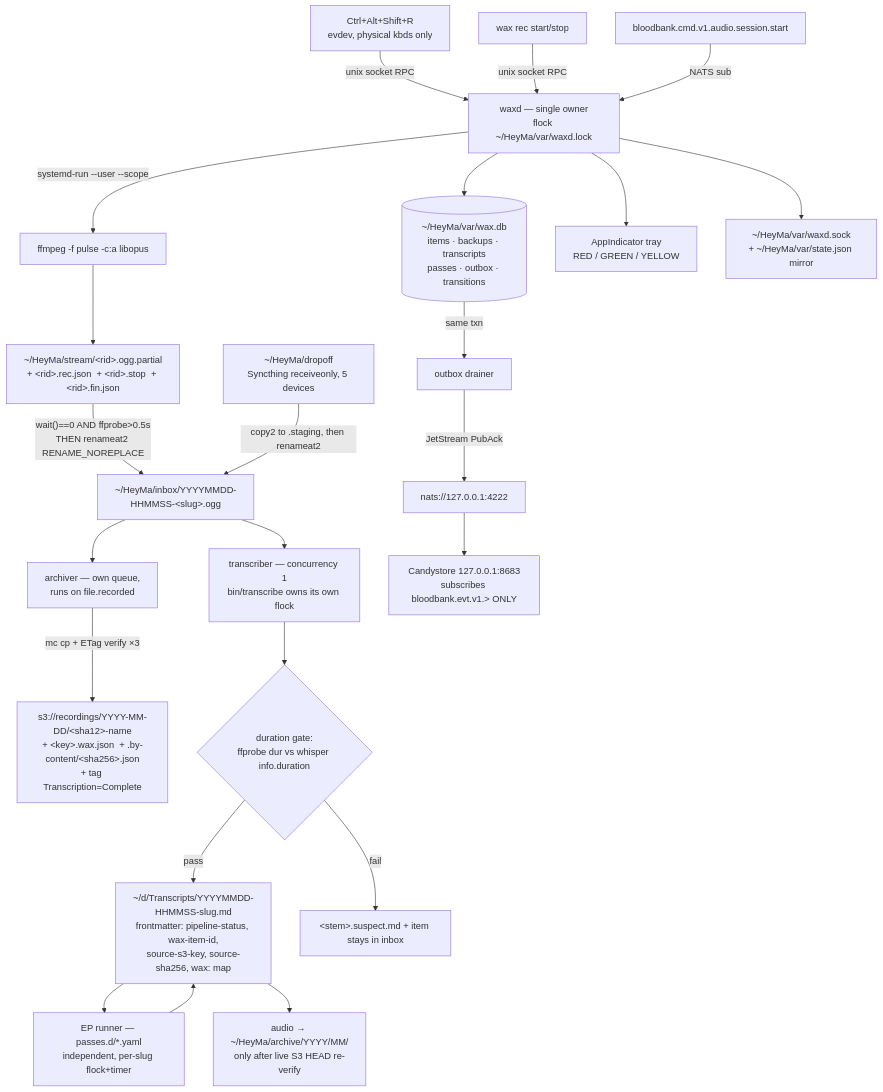
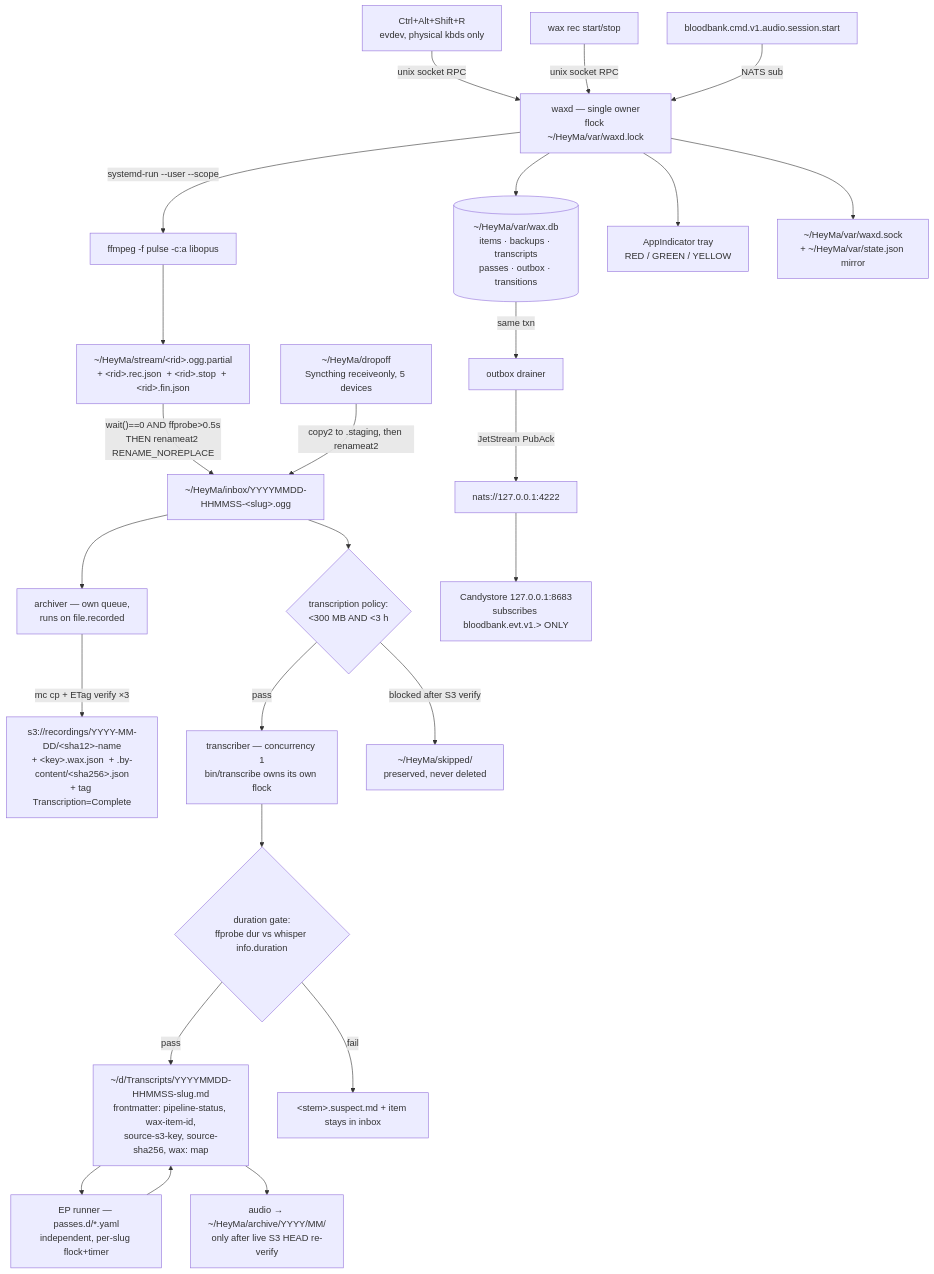
The first of 3 diagrams in components/wax/docs/WAX-DESIGN.md (delorenj/HeyMa), drawn with Mermaid before and after one commit. The commit also changed other lines of this file and 10 other files, not shown here.

````diff
--- a/components/wax/docs/WAX-DESIGN.md
+++ b/components/wax/docs/WAX-DESIGN.md
@@ -28,30 +28,32 @@
 ```mermaid
 flowchart TB
   HK["Ctrl+Alt+Shift+R<br/>evdev, physical kbds only"] -->|unix socket RPC| D
   CLI["wax rec start/stop"] -->|unix socket RPC| D
   CMD["bloodbank.cmd.v1.audio.session.start"] -->|NATS sub| D
 
   D["waxd — single owner<br/>flock ~/HeyMa/var/waxd.lock"]
   D -->|systemd-run --user --scope| FF["ffmpeg -f pulse -c:a libopus"]
   FF --> P["~/HeyMa/stream/&lt;rid&gt;.ogg.partial<br/>+ &lt;rid&gt;.rec.json  + &lt;rid&gt;.stop  + &lt;rid&gt;.fin.json"]
   P -->|"wait()==0 AND ffprobe&gt;0.5s<br/>THEN renameat2 RENAME_NOREPLACE"| IN["~/HeyMa/inbox/YYYYMMDD-HHMMSS-&lt;slug&gt;.ogg"]
 
   DROP["~/HeyMa/dropoff<br/>Syncthing receiveonly, 5 devices"] -->|copy2 to .staging, then renameat2| IN
 
   IN --> ARCH["archiver — own queue,<br/>runs on file.recorded"]
   ARCH -->|mc cp + ETag verify ×3| S3["s3://recordings/YYYY-MM-DD/&lt;sha12&gt;-name<br/>+ &lt;key&gt;.wax.json  + .by-content/&lt;sha256&gt;.json<br/>+ tag Transcription=Complete"]
-  IN --> TR["transcriber — concurrency 1<br/>bin/transcribe owns its own flock"]
+  IN --> POLICY{"transcription policy:<br/>&lt;300 MB AND &lt;3 h"}
+  POLICY -->|pass| TR["transcriber — concurrency 1<br/>bin/transcribe owns its own flock"]
+  POLICY -->|blocked after S3 verify| SKIP["~/HeyMa/skipped/<br/>preserved, never deleted"]
   TR --> GATE{"duration gate:<br/>ffprobe dur vs whisper info.duration"}
   GATE -->|pass| MD["~/d/Transcripts/YYYYMMDD-HHMMSS-slug.md<br/>frontmatter: pipeline-status, wax-item-id,<br/>source-s3-key, source-sha256, wax: map"]
   GATE -->|fail| SUS["&lt;stem&gt;.suspect.md + item stays in inbox"]
   MD --> EP["EP runner — passes.d/*.yaml<br/>independent, per-slug flock+timer"]
   EP --> MD
   MD --> ARCHIVE["audio → ~/HeyMa/archive/YYYY/MM/<br/>only after live S3 HEAD re-verify"]
 
   D --> LED[("~/HeyMa/var/wax.db<br/>items · backups · transcripts<br/>passes · outbox · transitions")]
   LED -->|same txn| OUT["outbox drainer"]
   OUT -->|JetStream PubAck| NATS["nats://127.0.0.1:4222"]
   NATS --> CS["Candystore 127.0.0.1:8683<br/>subscribes bloodbank.evt.v1.&gt; ONLY"]
   D --> TRAY["AppIndicator tray<br/>RED / GREEN / YELLOW"]
   D --> SOCK["~/HeyMa/var/waxd.sock<br/>+ ~/HeyMa/var/state.json mirror"]
 ```
````
